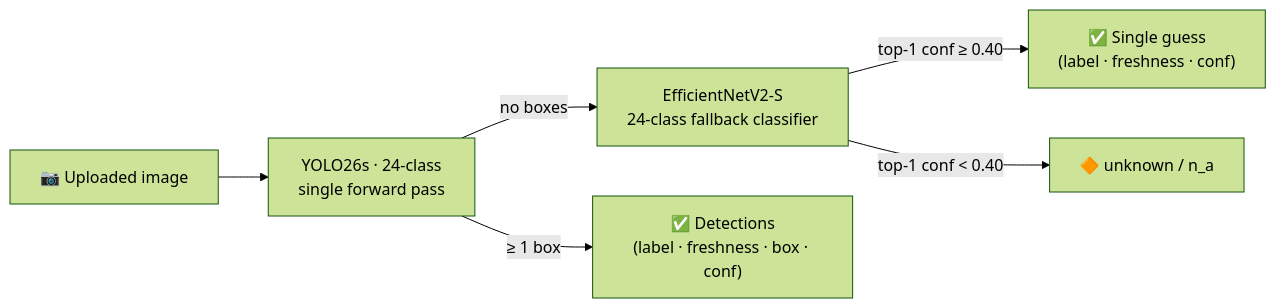
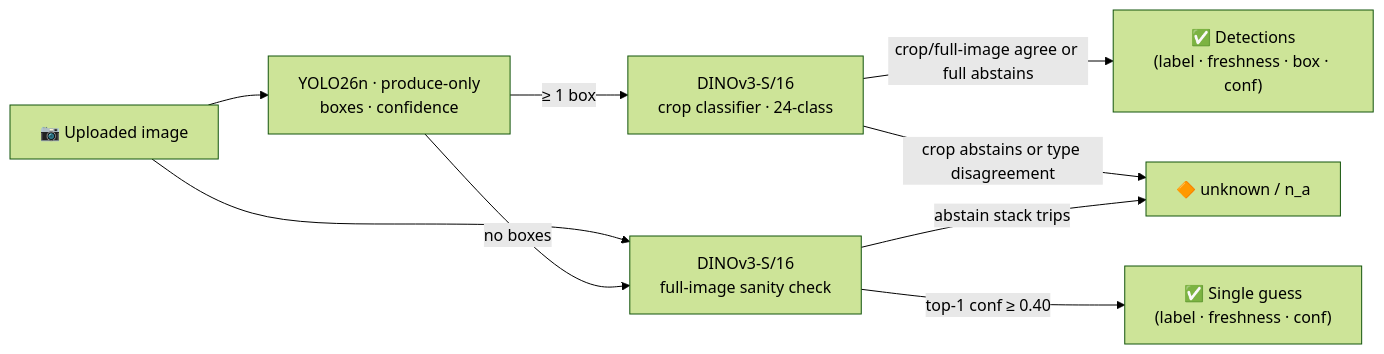
The diagram in README.md (Abdulrahman-Elsmmany/freshguard-vision), drawn with Mermaid (forest theme) before and after one commit. The commit also changed other lines of this file and 31 other files, not shown here.

````diff
--- a/README.md
+++ b/README.md
@@ -64,15 +37,19 @@
 ```mermaid
 flowchart LR
     UP["📷 Uploaded image"]
-    YOLO["YOLO26s · 24-class<br/>single forward pass"]
-    EFF["EfficientNetV2-S<br/>24-class fallback classifier"]
+    YOLO["YOLO26n · produce-only<br/>boxes · confidence"]
+    CROP["DINOv3-S/16<br/>crop classifier · 24-class"]
+    FULL["DINOv3-S/16<br/>full-image sanity check"]
     DET["✅ Detections<br/>(label · freshness · box · conf)"]
     CLS["✅ Single guess<br/>(label · freshness · conf)"]
     UNK["🔶 unknown / n_a"]
 
     UP --> YOLO
-    YOLO -->|"≥ 1 box"| DET
-    YOLO -->|"no boxes"| EFF
-    EFF -->|"top-1 conf ≥ 0.40"| CLS
-    EFF -->|"top-1 conf < 0.40"| UNK
+    YOLO -->|"≥ 1 box"| CROP
+    UP --> FULL
+    CROP -->|"crop/full-image agree or full abstains"| DET
+    CROP -->|"crop abstains or type disagreement"| UNK
+    YOLO -->|"no boxes"| FULL
+    FULL -->|"top-1 conf ≥ 0.40"| CLS
+    FULL -->|"abstain stack trips"| UNK
 ```
````
